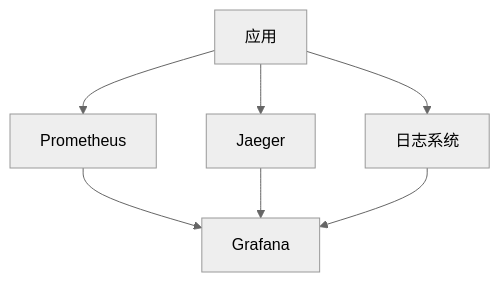
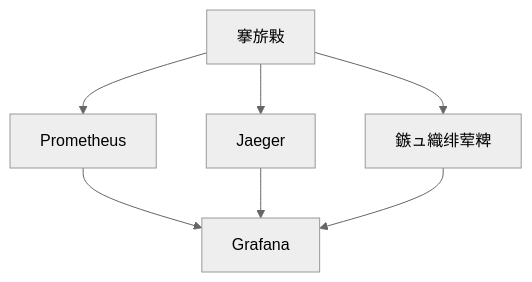
The first of 2 diagrams in doc/10-运维文档.md (klpk961224/mcp-platform), drawn with Mermaid (neutral theme) before and after one commit. The commit also changed other lines of this file and 263 other files, not shown here.

````diff
--- a/doc/10-运维文档.md
+++ b/doc/10-运维文档.md
@@ -18,9 +16,9 @@
 ```mermaid
 graph TB
-    A[应用] --> B[Prometheus]
+    A[搴旂敤] --> B[Prometheus]
     A --> C[Jaeger]
-    A --> D[日志系统]
+    A --> D[鏃ュ織绯荤粺]
     B --> E[Grafana]
     C --> E
     D --> E
 ```
````
